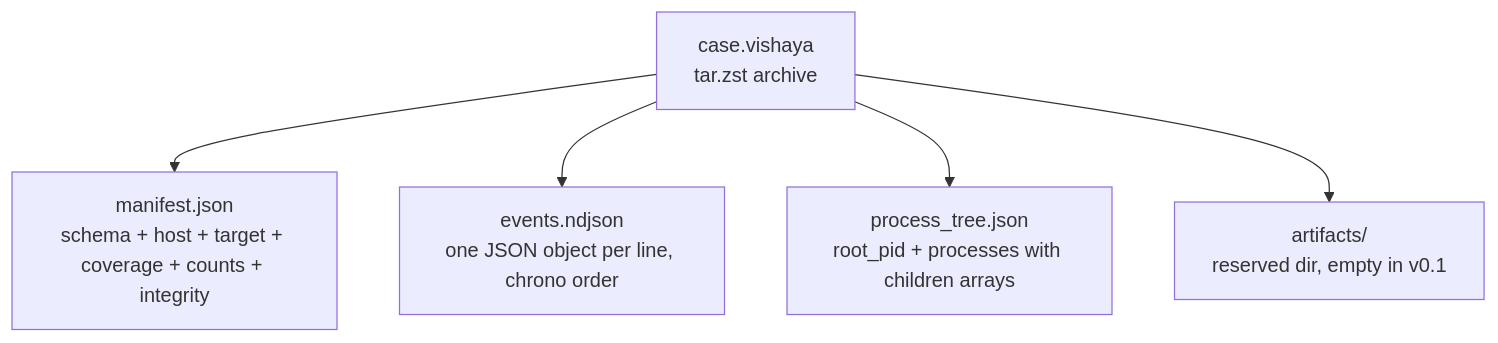
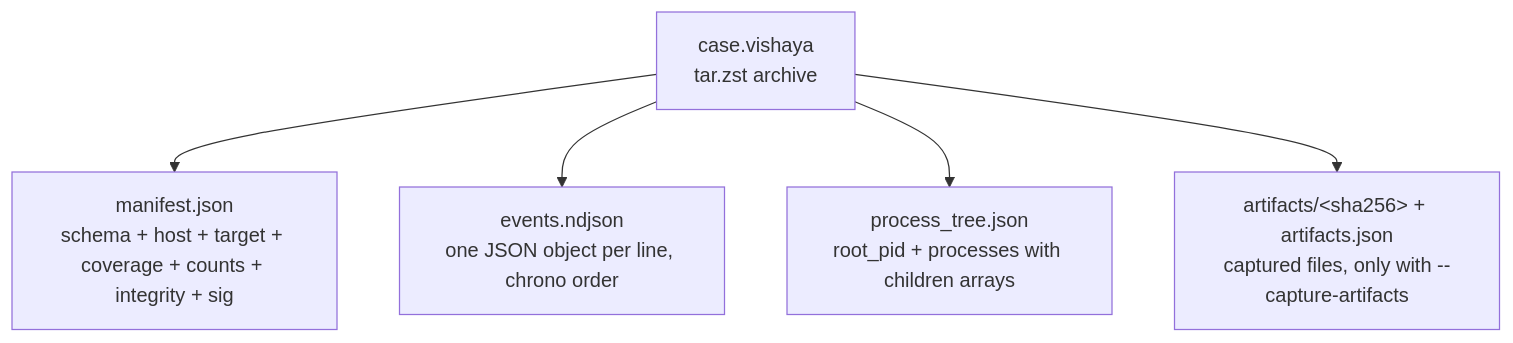
Before and after one commit to bhanuprakasheagala/vishaya: the fifth of 5 diagrams in docs/flow.md, drawn with Mermaid. The commit also changed other lines of this file and 17 other files, not shown here.

````diff
--- a/docs/flow.md
+++ b/docs/flow.md
@@ -312,8 +314,8 @@
 ```mermaid
 graph TD
     F[case.vishaya<br/>tar.zst archive]
-    F --> M[manifest.json<br/>schema + host + target + coverage + counts + integrity]
+    F --> M[manifest.json<br/>schema + host + target + coverage + counts + integrity + sig]
     F --> E[events.ndjson<br/>one JSON object per line, chrono order]
     F --> P[process_tree.json<br/>root_pid + processes with children arrays]
-    F --> A[artifacts/<br/>reserved dir, empty in v0.1]
+    F --> A[artifacts/&lt;sha256&gt; + artifacts.json<br/>captured files, only with --capture-artifacts]
 ```
````
